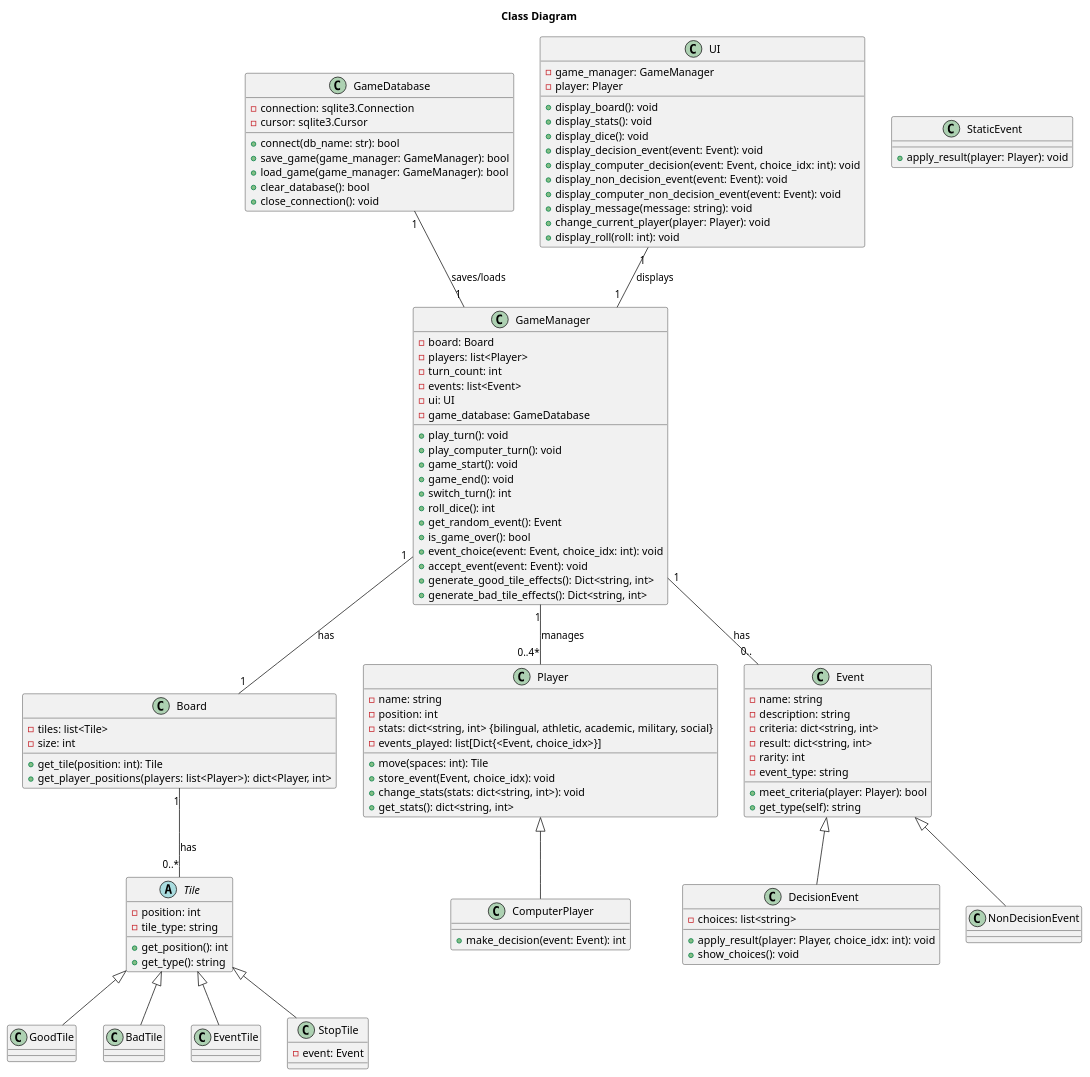
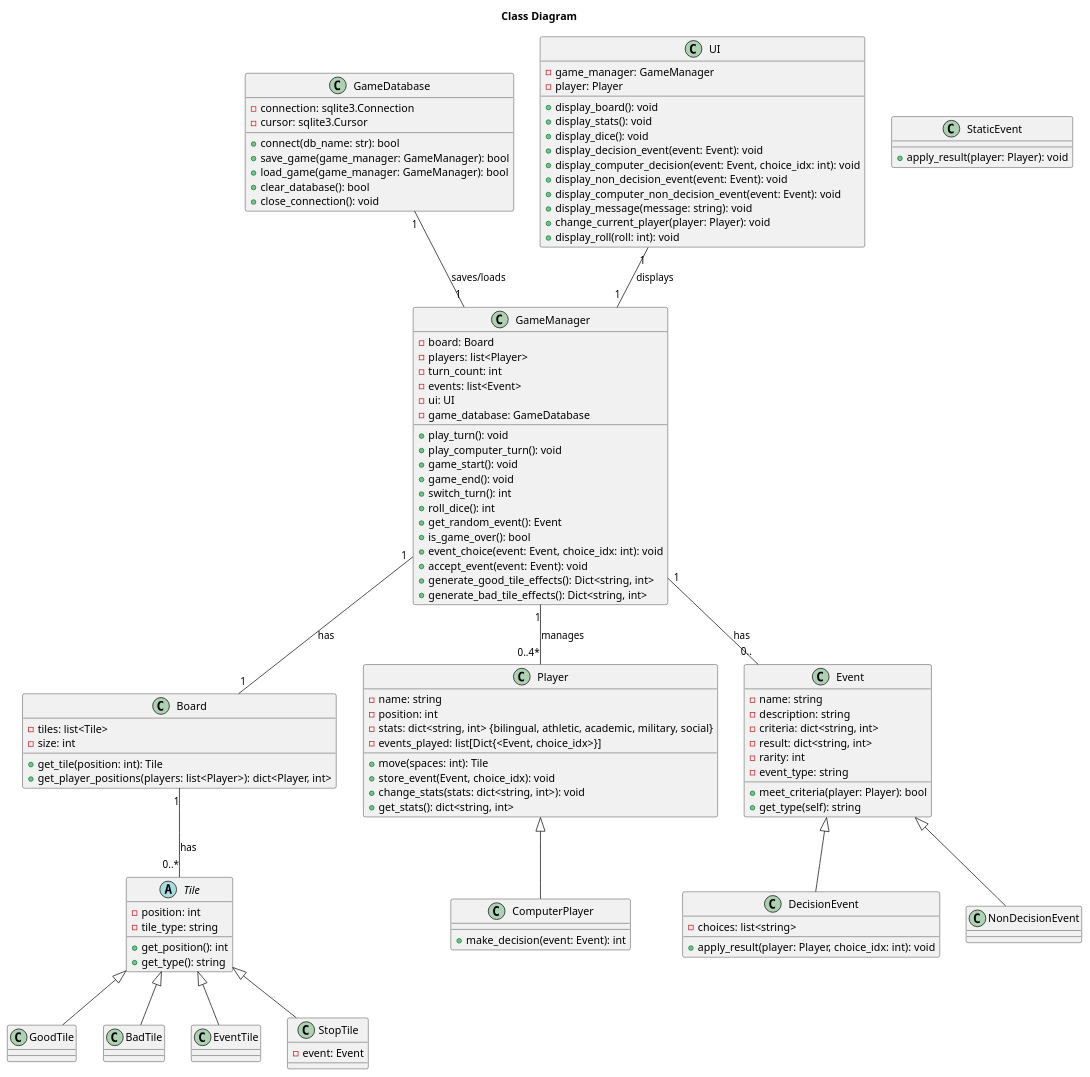
Before and after one commit to CSE-362-2025/BoardGameProject: the diagram in diagrams/class_diagram.puml, drawn with PlantUML. The commit also changed 2 other files, not shown here.

```diff
--- a/diagrams/class_diagram.puml
+++ b/diagrams/class_diagram.puml
@@ -1,154 +1,153 @@
 @startuml class_diagram
 title "Class Diagram"
 ' skinparam shadowing false
 ' skinparam classAttributeIconSize 0
 
 class GameDatabase {
     
     - connection: sqlite3.Connection
     - cursor: sqlite3.Cursor
 
     + connect(db_name: str): bool
     + save_game(game_manager: GameManager): bool
     + load_game(game_manager: GameManager): bool
     + clear_database(): bool
     + close_connection(): void
 
 }
 
 class Board {
 
     - tiles: list<Tile>
     - size: int
 
     + get_tile(position: int): Tile
     + get_player_positions(players: list<Player>): dict<Player, int>
 }
 
 abstract class Tile {
 
     - position: int
     - tile_type: string
 
     + get_position(): int
     + get_type(): string
 }
 
 class GoodTile {
 }
 
 class BadTile {
 }
 
 class EventTile {
 }
 
 class StopTile {
     - event: Event
 
 }
 
 class Player {
 
     - name: string
     - position: int
     - stats: dict<string, int> {bilingual, athletic, academic, military, social}
     - events_played: list[Dict{<Event, choice_idx>}]
 
     + move(spaces: int): Tile
     + store_event(Event, choice_idx): void
     + change_stats(stats: dict<string, int>): void
     + get_stats(): dict<string, int>
 
 }
 
 class ComputerPlayer {
 
     + make_decision(event: Event): int
 }
 
 class Event {
 
     - name: string
     - description: string
     - criteria: dict<string, int>
     - result: dict<string, int>
     - rarity: int
     - event_type: string
 
     + meet_criteria(player: Player): bool
     + get_type(self): string
 }
 
 class StaticEvent {
 
     + apply_result(player: Player): void
 }
 
 class DecisionEvent {
     - choices: list<string>
 
     + apply_result(player: Player, choice_idx: int): void
-    + show_choices(): void
 }
 
 
 class GameManager {
 
     - board: Board
     - players: list<Player>
     - turn_count: int
     - events: list<Event>
     - ui: UI
     - game_database: GameDatabase
 
     + play_turn(): void
     + play_computer_turn(): void
     + game_start(): void
     + game_end(): void
     + switch_turn(): int
     + roll_dice(): int
     + get_random_event(): Event
     + is_game_over(): bool
     + event_choice(event: Event, choice_idx: int): void
     + accept_event(event: Event): void
     + generate_good_tile_effects(): Dict<string, int>
     + generate_bad_tile_effects(): Dict<string, int>
 }
 
 class UI {
 
     - game_manager: GameManager
     - player: Player
 
     + display_board(): void
     + display_stats(): void
     + display_dice(): void
     + display_decision_event(event: Event): void
     + display_computer_decision(event: Event, choice_idx: int): void
     + display_non_decision_event(event: Event): void
     + display_computer_non_decision_event(event: Event): void
     + display_message(message: string): void
     + change_current_player(player: Player): void
     + display_roll(roll: int): void
 }
 
 
 ' Relationships
 
 Board "1" -- "0..*" Tile : "has"
 GameDatabase "1" -- "1" GameManager : "saves/loads"
 GameManager "1" -- "0..4*" Player : "manages"
 GameManager "1" -- "1" Board : "has"
 GameManager "1" -- "0.." Event : "has"
 UI "1" -- "1" GameManager : "displays"
 Tile <|-- GoodTile
 Tile <|-- BadTile
 Tile <|-- EventTile
 Tile <|-- StopTile
 Event <|-- NonDecisionEvent
 Event <|-- DecisionEvent
 Player <|-- ComputerPlayer
 
 
 @enduml
```
